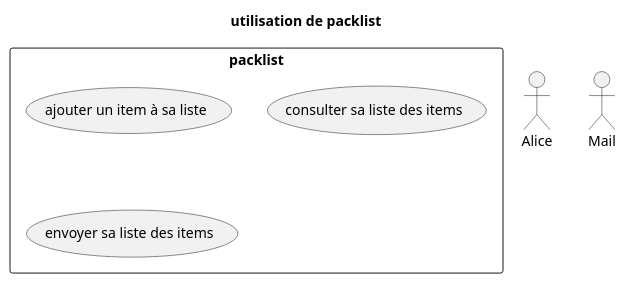
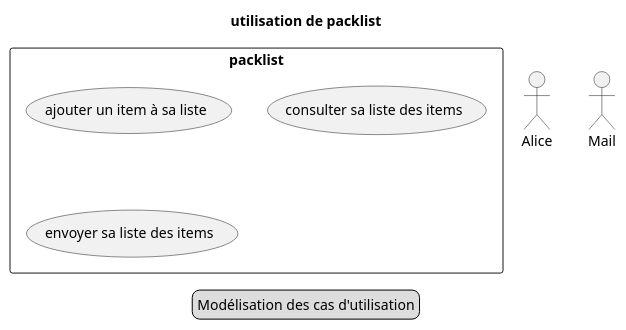
The diagram in TP/Solutions/usecase_1.pu (nbossard/plantuml_demo), drawn with PlantUML before and after one commit. The commit also changed 11 other files, not shown here.

Commit message:
Ajout de groupement et swimlane pour le cas d'utilisation

```diff
--- a/TP/Solutions/usecase_1.pu
+++ b/TP/Solutions/usecase_1.pu
@@ -1,11 +1,15 @@
 @startuml
     Title utilisation de packlist
 
     :Alice:
     :Mail:
     rectangle packlist {
         (ajouter un item à sa liste)
         (consulter sa liste des items)
         (envoyer sa liste des items)
     }
+
+    legend
+        Modélisation des cas d'utilisation
+    endlegend
 @enduml
```
